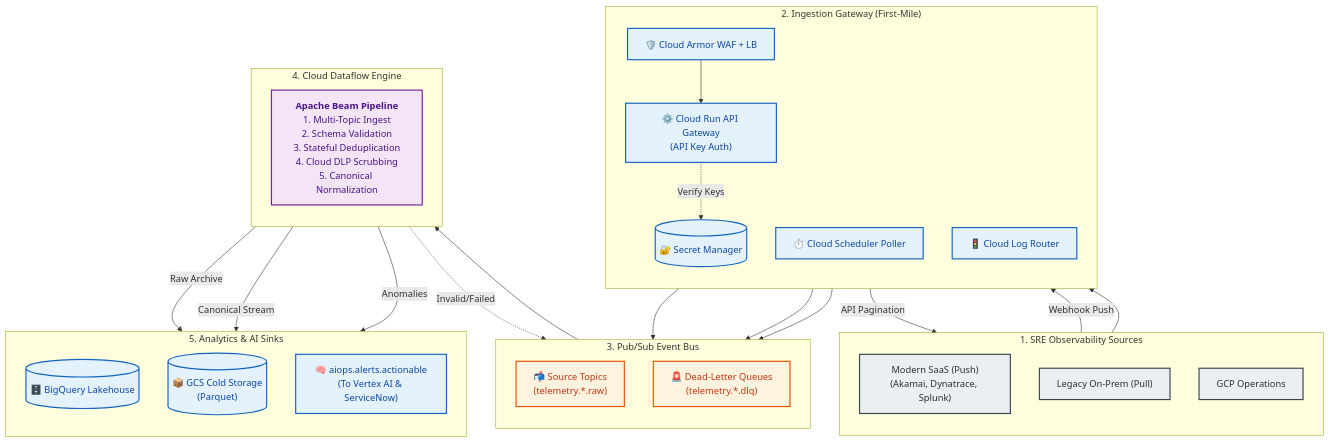
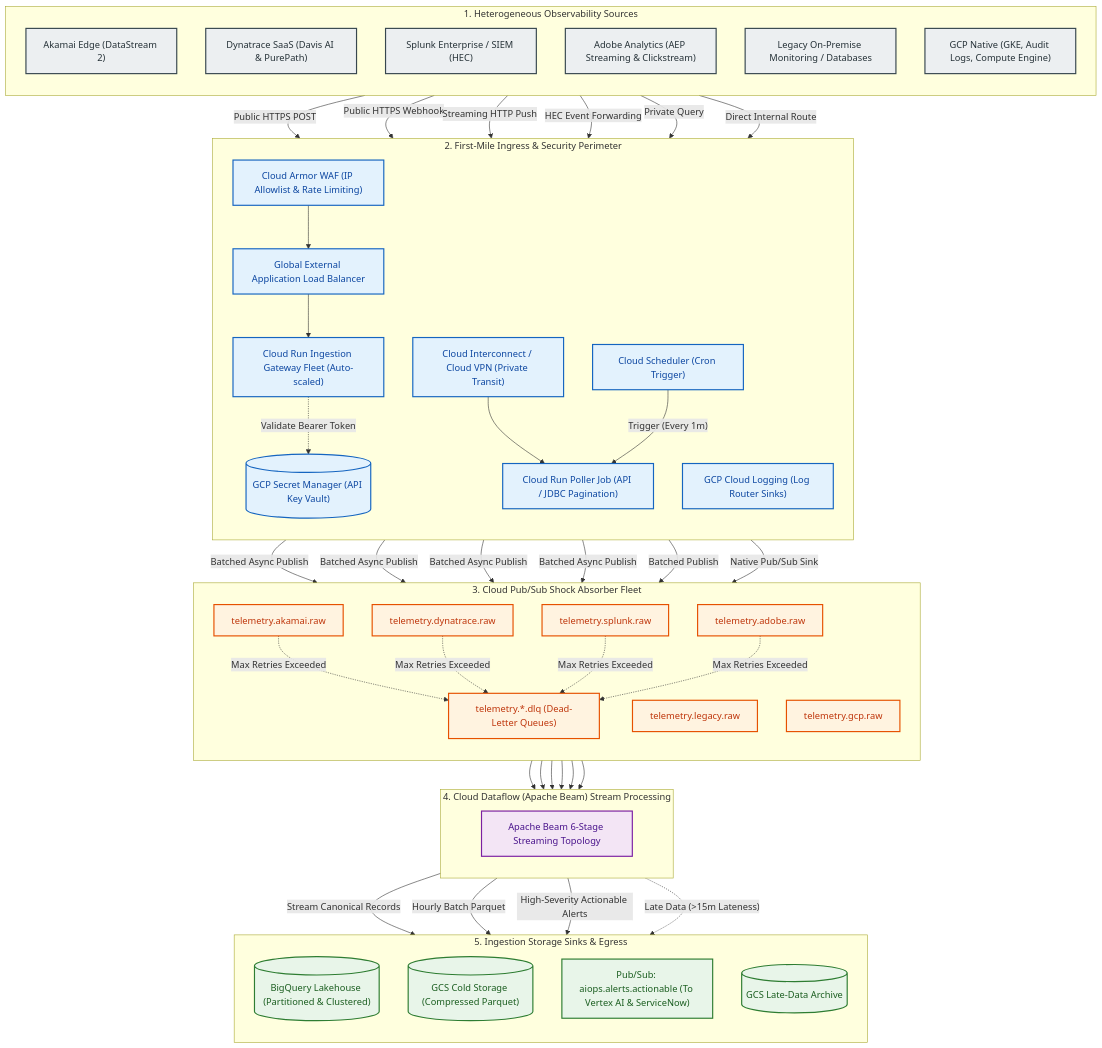
One commit to toanbui626391/aiops_architect changed the first of 3 diagrams in docs/architecture/01_ingestion/streaming_pipelines.md. Above: the diagram before and after it, drawn with Mermaid. The commit also changed other lines of this file, not shown here.

````diff
--- a/docs/architecture/01_ingestion/streaming_pipelines.md
+++ b/docs/architecture/01_ingestion/streaming_pipelines.md
@@ -65,71 +11,106 @@
 ```mermaid
 flowchart TD
-    %% 1. SOURCES
-    subgraph Sources["1. SRE Observability Sources"]
+    %% 1. PRODUCERS
+    subgraph Sources["1. Heterogeneous Observability Sources"]
         direction TB
-        SaaS["Modern SaaS (Push)<br/>(Akamai, Dynatrace, Splunk)"]
-        Legacy["Legacy On-Prem (Pull)"]
-        GCPNative["GCP Operations"]
+        Akamai["Akamai Edge (DataStream 2)"]
+        Dyna["Dynatrace SaaS (Davis AI & PurePath)"]
+        Splunk["Splunk Enterprise / SIEM (HEC)"]
+        Adobe["Adobe Analytics (AEP Streaming & Clickstream)"]
+        Legacy["Legacy On-Premise Monitoring / Databases"]
+        GCPOps["GCP Native (GKE, Audit Logs, Compute Engine)"]
     end
 
-    %% 2. GATEWAY
-    subgraph Gateway["2. Ingestion Gateway (First-Mile)"]
+    %% 2. NETWORK & SECURITY PERIMETER
+    subgraph Ingress_Perimeter["2. First-Mile Ingress & Security Perimeter"]
         direction TB
-        WAF["🛡️ Cloud Armor WAF + LB"]
-        CR["⚙️ Cloud Run API Gateway<br/>(API Key Auth)"]
-        Poll["⏱️ Cloud Scheduler Poller"]
-        Sink["🚦 Cloud Log Router"]
-        Secrets[("🔐 Secret Manager")]
+        CloudArmor["Cloud Armor WAF (IP Allowlist & Rate Limiting)"]
+        ExtLB["Global External Application Load Balancer"]
+        VPN["Cloud Interconnect / Cloud VPN (Private Transit)"]
+        CloudRunGW["Cloud Run Ingestion Gateway Fleet (Auto-scaled)"]
+        SecretMgr[("GCP Secret Manager (API Key Vault)")]
+        CloudSched["Cloud Scheduler (Cron Trigger)"]
+        PollerJob["Cloud Run Poller Job (API / JDBC Pagination)"]
+        LogRouter["GCP Cloud Logging (Log Router Sinks)"]
     end
 
-    %% 3. PUB/SUB
-    subgraph PubSub["3. Pub/Sub Event Bus"]
+    %% 3. EVENT BUS
+    subgraph Event_Bus["3. Cloud Pub/Sub Shock Absorber Fleet"]
         direction TB
-        Topics["📬 Source Topics<br/>(telemetry.*.raw)"]
-        DLQ["🚨 Dead-Letter Queues<br/>(telemetry.*.dlq)"]
+        T_Akamai["telemetry.akamai.raw"]
+        T_Dyna["telemetry.dynatrace.raw"]
+        T_Splunk["telemetry.splunk.raw"]
+        T_Adobe["telemetry.adobe.raw"]
+        T_Legacy["telemetry.legacy.raw"]
+        T_GCP["telemetry.gcp.raw"]
+        DLQ_Fleet["telemetry.*.dlq (Dead-Letter Queues)"]
     end
 
-    %% 4. DATAFLOW
-    subgraph Dataflow["4. Cloud Dataflow Engine"]
+    %% 4. STREAM ETL
+    subgraph Dataflow_Core["4. Cloud Dataflow (Apache Beam) Stream Processing"]
         direction TB
-        DF["<b>Apache Beam Pipeline</b><br/>1. Multi-Topic Ingest<br/>2. Schema Validation<br/>3. Stateful Deduplication<br/>4. Cloud DLP Scrubbing<br/>5. Canonical Normalization"]
+        BeamPipeline["Apache Beam 6-Stage Streaming Topology"]
     end
 
-    %% 5. SINKS
-    subgraph Sinks["5. Analytics & AI Sinks"]
+    %% 5. OUTPUTS
+    subgraph Storage_Sinks["5. Ingestion Storage Sinks & Egress"]
         direction TB
-        BQ[("🗄️ BigQuery Lakehouse")]
-        GCS[("📦 GCS Cold Storage<br/>(Parquet)")]
-        AI["🧠 aiops.alerts.actionable<br/>(To Vertex AI & ServiceNow)"]
+        BQ_Table[("BigQuery Lakehouse (Partitioned & Clustered)")]
+        GCS_Parquet[("GCS Cold Storage (Compressed Parquet)")]
+        Actionable_Topic["Pub/Sub: aiops.alerts.actionable (To Vertex AI & ServiceNow)"]
+        Late_Data_Sink[("GCS Late-Data Archive")]
     end
 
     %% CONNECTIONS
-    SaaS -->|"Webhook Push"| WAF
-    WAF --> CR
-    CR -.->|"Verify Keys"| Secrets
-    CR --> Topics
+    Akamai -->|"Public HTTPS POST"| CloudArmor
+    Dyna -->|"Public HTTPS Webhook"| CloudArmor
+    Adobe -->|"Streaming HTTP Push"| CloudArmor
+    Splunk -->|"HEC Event Forwarding"| CloudArmor
+
+    CloudArmor --> ExtLB
+    ExtLB --> CloudRunGW
+    CloudRunGW -.->|"Validate Bearer Token"| SecretMgr
     
-    Poll -->|"API Pagination"| Legacy
-    Poll --> Topics
+    Legacy -->|"Private Query"| VPN
+    VPN --> PollerJob
+    CloudSched -->|"Trigger (Every 1m)"| PollerJob
 
-    GCPNative --> Sink
-    Sink --> Topics
+    GCPOps -->|"Direct Internal Route"| LogRouter
 
-    Topics --> DF
-    DF -.->|"Invalid/Failed"| DLQ
-    
-    DF -->|"Raw Archive"| GCS
-    DF -->|"Canonical Stream"| BQ
-    DF -->|"Anomalies"| AI
+    CloudRunGW -->|"Batched Async Publish"| T_Akamai
+    CloudRunGW -->|"Batched Async Publish"| T_Dyna
+    CloudRunGW -->|"Batched Async Publish"| T_Splunk
+    CloudRunGW -->|"Batched Async Publish"| T_Adobe
+    PollerJob -->|"Batched Publish"| T_Legacy
+    LogRouter -->|"Native Pub/Sub Sink"| T_GCP
+
+    T_Akamai --> BeamPipeline
+    T_Dyna --> BeamPipeline
+    T_Splunk --> BeamPipeline
+    T_Adobe --> BeamPipeline
+    T_Legacy --> BeamPipeline
+    T_GCP --> BeamPipeline
+
+    T_Akamai -.->|"Max Retries Exceeded"| DLQ_Fleet
+    T_Dyna -.->|"Max Retries Exceeded"| DLQ_Fleet
+    T_Splunk -.->|"Max Retries Exceeded"| DLQ_Fleet
+    T_Adobe -.->|"Max Retries Exceeded"| DLQ_Fleet
+
+    BeamPipeline -->|"Stream Canonical Records"| BQ_Table
+    BeamPipeline -->|"Hourly Batch Parquet"| GCS_Parquet
+    BeamPipeline -->|"High-Severity Actionable Alerts"| Actionable_Topic
+    BeamPipeline -.->|"Late Data (>15m Lateness)"| Late_Data_Sink
 
     %% STYLING
-    classDef ext fill:#ECEFF1,stroke:#37474F,stroke-width:2px,color:#263238;
-    classDef gcp fill:#E3F2FD,stroke:#1565C0,stroke-width:2px,color:#0D47A1;
-    classDef ps fill:#FFF3E0,stroke:#E65100,stroke-width:2px,color:#BF360C;
-    classDef df fill:#F3E5F5,stroke:#7B1FA2,stroke-width:2px,color:#4A148C;
+    classDef srcStyle fill:#ECEFF1,stroke:#37474F,stroke-width:2px,color:#263238;
+    classDef secStyle fill:#E3F2FD,stroke:#1565C0,stroke-width:2px,color:#0D47A1;
+    classDef psStyle fill:#FFF3E0,stroke:#E65100,stroke-width:2px,color:#BF360C;
+    classDef dfStyle fill:#F3E5F5,stroke:#7B1FA2,stroke-width:2px,color:#4A148C;
+    classDef sinkStyle fill:#E8F5E9,stroke:#2E7D32,stroke-width:2px,color:#1B5E20;
 
-    class SaaS,Legacy,GCPNative ext;
-    class WAF,CR,Poll,Sink,Secrets,BQ,GCS,AI gcp;
-    class Topics,DLQ ps;
-    class DF df;
+    class Akamai,Dyna,Splunk,Adobe,Legacy,GCPOps srcStyle;
+    class CloudArmor,ExtLB,VPN,CloudRunGW,SecretMgr,CloudSched,PollerJob,LogRouter secStyle;
+    class T_Akamai,T_Dyna,T_Splunk,T_Adobe,T_Legacy,T_GCP,DLQ_Fleet psStyle;
+    class BeamPipeline dfStyle;
+    class BQ_Table,GCS_Parquet,Actionable_Topic,Late_Data_Sink sinkStyle;
 ```
````
